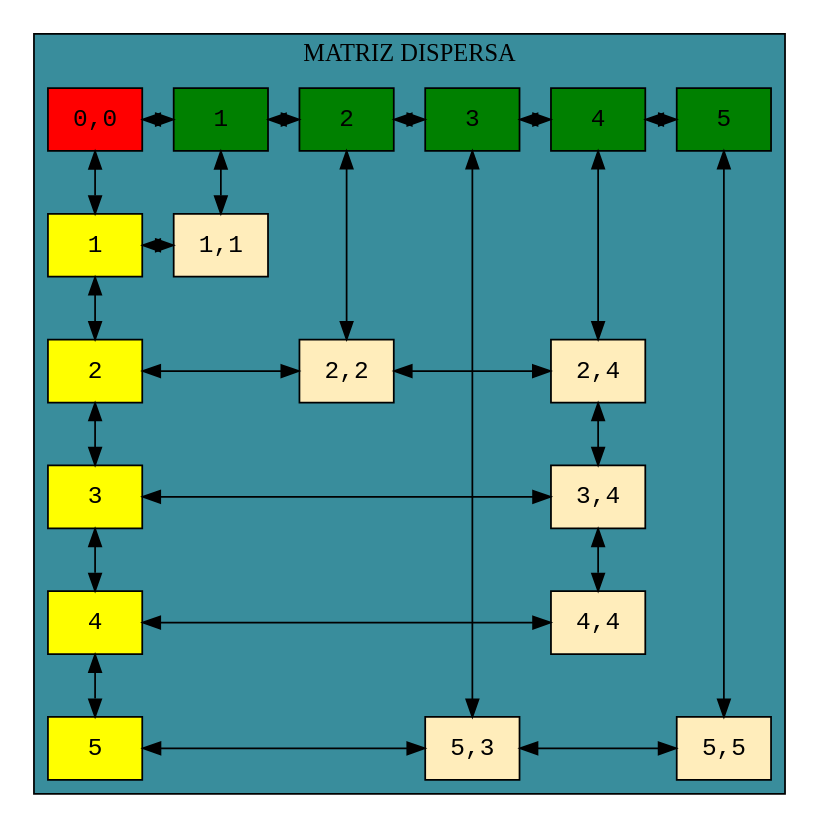
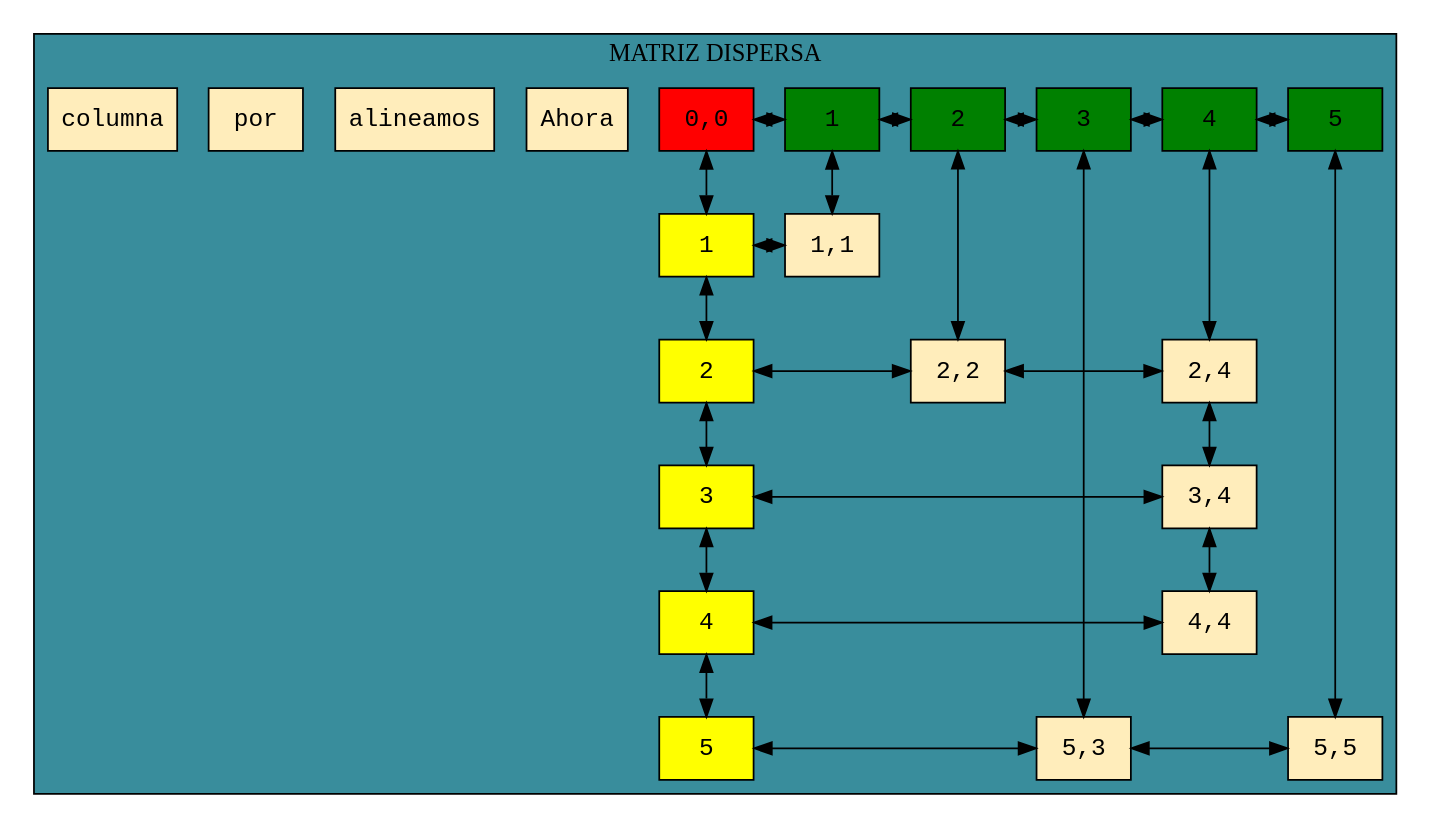
One commit to 201807066/IPC2_proyecto1_201807066 changed the diagram in extras/graphviz.dot. Above: the diagram before and after it, drawn with Graphviz. The commit also changed 3 other files, not shown here.

```diff
--- a/extras/graphviz.dot
+++ b/extras/graphviz.dot
@@ -1,84 +1,84 @@
 
 digraph L{ 
 
         node[shape=box fontname=courier fillcolor="#FFEDBB" style=filled ]
         
 
         #Para decorar       
         subgraph cluster_p{
                 root[label = "0,0", fillcolor = "red"]
                 label = "MATRIZ DISPERSA"
                 bgcolor = "#398D9C"
                 edge[dir="both"]
                 #dir = none, style = invisible
 
                 /*Aqui creamos las cabeceras de las filas*/
                 F1[label = "1", group = 1, fillcolor = "yellow"]
                 F2[label = "2", group = 1, fillcolor = "yellow"]
                 F3[label = "3", group = 1, fillcolor = "yellow"]
                 F4[label = "4", group = 1, fillcolor = "yellow"]
                 F5[label = "5", group = 1, fillcolor = "yellow"]
 
                 /*Aqui enlazamos los nodos de las filas*/
                 F1 -> F2
                 F2 -> F3
                 F3 -> F4
                 F4 -> F5
                 
                 /*Se  crean los nodos de las columnas*/
                 C1[label = "1", group = 2, fillcolor = "green"]
                 C2[label = "2", group = 3, fillcolor = "green"]
                 C3[label = "3", group = 4, fillcolor = "green"]
                 C4[label = "4", group = 5, fillcolor = "green"]
                 C5[label = "5", group = 6, fillcolor = "green"]
 
                 /*Se enlaza las columnas*/
                 C1 -> C2
                 C2 -> C3
                 C3 -> C4
                 C4 -> C5
 
                 /*Aqui se une la raiz a las filas y columnas*/
                 root -> F1
                 root -> C1
 
                 /*rank para que lleve el sentido correcto
                 Se alinean los nodos cabeceras de las columnas*/
                 {rank = same; root; C1; C2; C3; C4; C5}
 
 
                 nodoF1_C1[label = "1,1", group = 2]
                 nodoF4_C4[label = "4,4", group = 5]
                 nodoF5_C3[label = "5,3", group = 4]
                 nodoF2_C2[label = "2,2", group = 3]
                 nodoF2_C4[label = "2,4", group = 5]
                 nodoF3_C4[label = "3,4", group = 5]
                 nodoF5_C5[label = "5,5", group = 6]
 
                 /*Ahora alineamoso fila por fila*/
                 F1 -> nodoF1_C1
                 {rank = same; F1; nodoF1_C1}
                 F2 -> nodoF2_C2
                 nodoF2_C2 -> nodoF2_C4
                 {rank = same; F2; nodoF2_C2; nodoF2_C4}
                 F3 -> nodoF3_C4
                 {rank = same; F3; nodoF3_C4}
                 F4 -> nodoF4_C4
                 {rank = same; F4; nodoF4_C4}
                 F5 -> nodoF5_C3
                 nodoF5_C3 -> nodoF5_C5
                 {rank = same; F5; nodoF5_C3; nodoF5_C5}
                 
                 
-                /*Ahora alineamos por columna*/
+                Ahora alineamos por columna
                 C1 -> nodoF1_C1   
                 C2 -> nodoF2_C2  
                 C3 -> nodoF5_C3  
                 C4 -> nodoF2_C4
                 nodoF2_C4 -> nodoF3_C4
                 nodoF3_C4 -> nodoF4_C4
                 C5 -> nodoF5_C5
 
 
         }
 }
```
